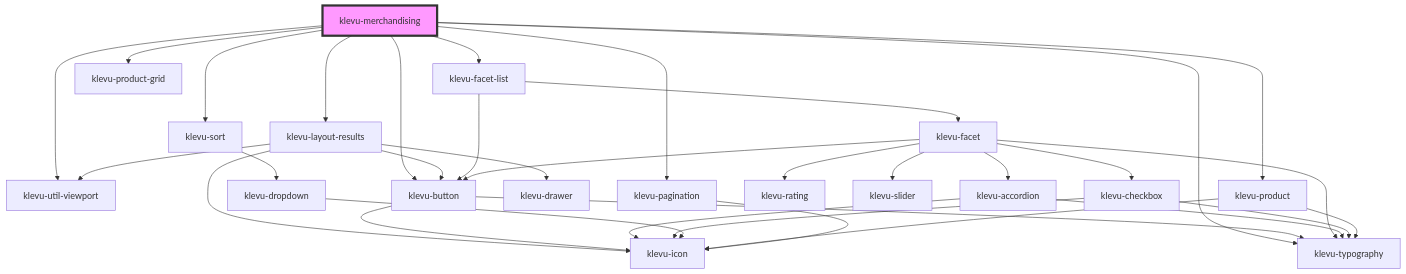
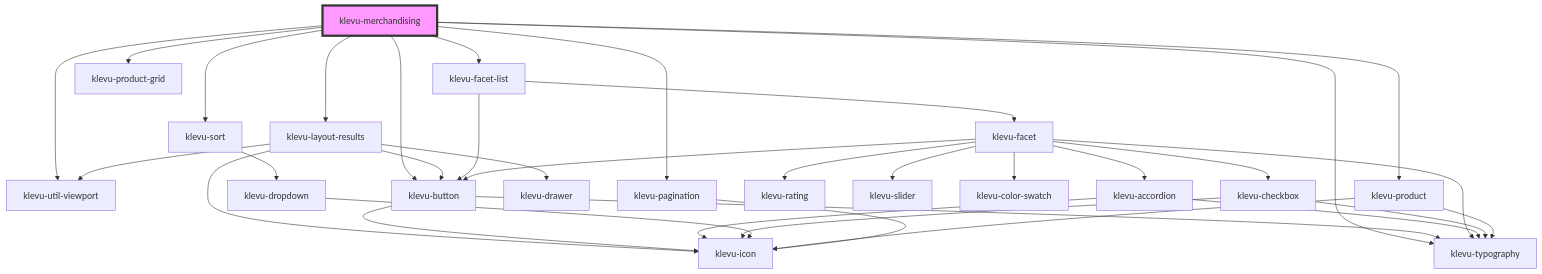
Before and after one commit to klevultd/frontend-sdk: the diagram in packages/klevu-ui/src/components/klevu-merchandising/readme.md, drawn with Mermaid. The commit also changed 20 other files, not shown here.

First line of the commit message:
Added color swatch facet component

````diff
--- a/packages/klevu-ui/src/components/klevu-merchandising/readme.md
+++ b/packages/klevu-ui/src/components/klevu-merchandising/readme.md
@@ -58,36 +58,37 @@
 ```mermaid
 graph TD;
   klevu-merchandising --> klevu-util-viewport
   klevu-merchandising --> klevu-layout-results
   klevu-merchandising --> klevu-facet-list
   klevu-merchandising --> klevu-typography
   klevu-merchandising --> klevu-sort
   klevu-merchandising --> klevu-product-grid
   klevu-merchandising --> klevu-product
   klevu-merchandising --> klevu-pagination
   klevu-merchandising --> klevu-button
   klevu-layout-results --> klevu-util-viewport
   klevu-layout-results --> klevu-button
   klevu-layout-results --> klevu-icon
   klevu-layout-results --> klevu-drawer
   klevu-button --> klevu-icon
   klevu-button --> klevu-typography
   klevu-facet-list --> klevu-facet
   klevu-facet-list --> klevu-button
   klevu-facet --> klevu-accordion
   klevu-facet --> klevu-rating
   klevu-facet --> klevu-typography
   klevu-facet --> klevu-slider
+  klevu-facet --> klevu-color-swatch
   klevu-facet --> klevu-checkbox
   klevu-facet --> klevu-button
   klevu-accordion --> klevu-typography
   klevu-accordion --> klevu-icon
   klevu-checkbox --> klevu-icon
   klevu-checkbox --> klevu-typography
   klevu-sort --> klevu-dropdown
   klevu-dropdown --> klevu-icon
   klevu-product --> klevu-icon
   klevu-product --> klevu-typography
   klevu-pagination --> klevu-icon
   style klevu-merchandising fill:#f9f,stroke:#333,stroke-width:4px
 ```
````
